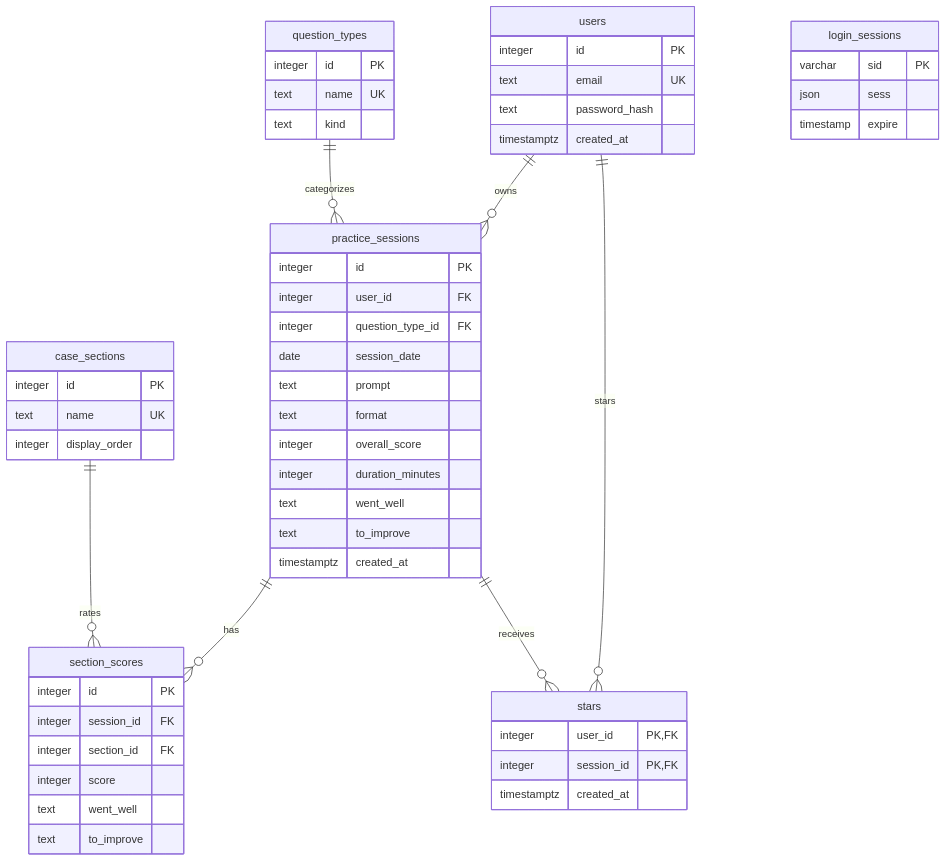
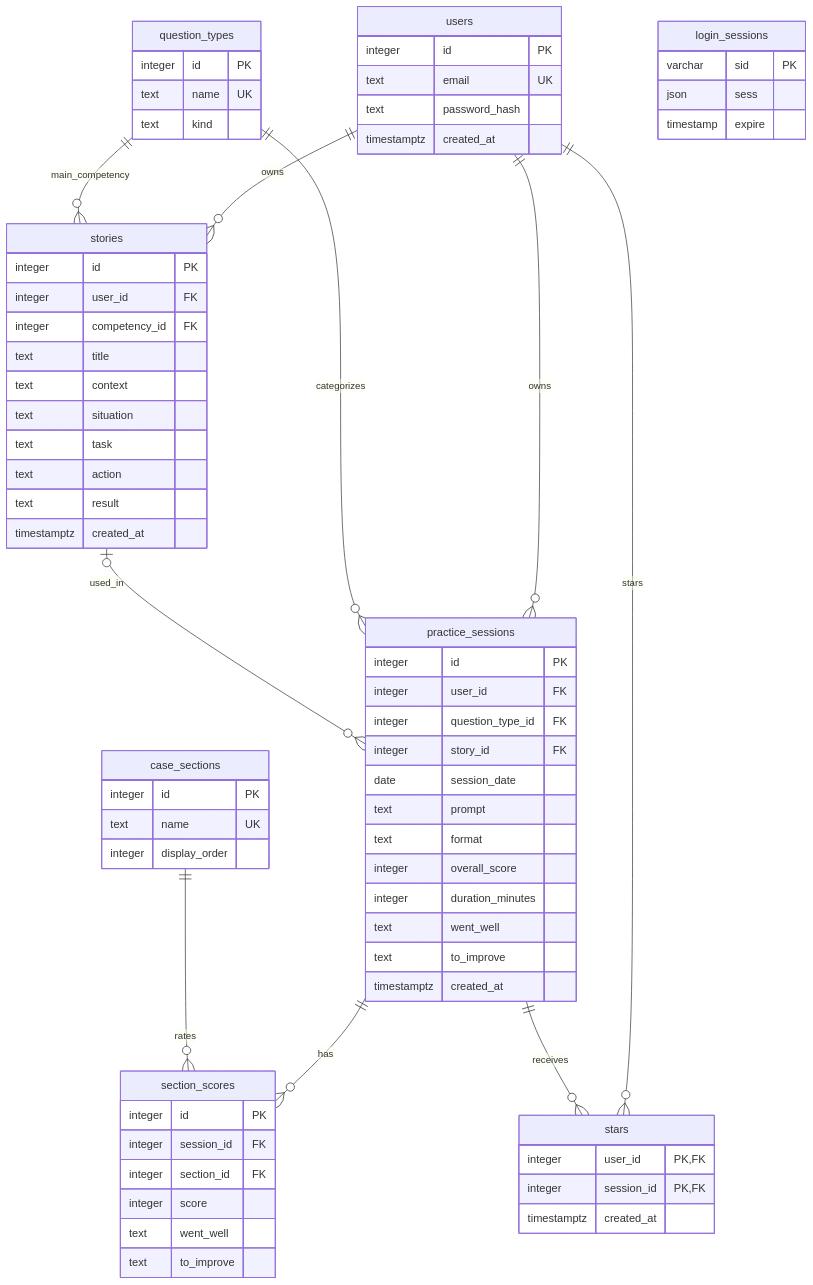
Before and after one commit to dshimada98/interviewprep: the diagram in schema.md, drawn with Mermaid. The commit also changed other lines of this file and 34 other files, not shown here.

First line of the commit message:
Expand interview preparation server schema and session management functionality

````diff
--- a/schema.md
+++ b/schema.md
@@ -90,56 +94,72 @@
 ```mermaid
 erDiagram
     users ||--o{ practice_sessions : owns
     question_types ||--o{ practice_sessions : categorizes
+    users ||--o{ stories : owns
+    question_types ||--o{ stories : main_competency
+    stories |o--o{ practice_sessions : used_in
     practice_sessions ||--o{ section_scores : has
     case_sections ||--o{ section_scores : rates
     users ||--o{ stars : stars
     practice_sessions ||--o{ stars : receives
     users {
         integer id PK
         text email UK
         text password_hash
         timestamptz created_at
     }
     question_types {
         integer id PK
         text name UK
         text kind
     }
     practice_sessions {
         integer id PK
         integer user_id FK
         integer question_type_id FK
+        integer story_id FK
         date session_date
         text prompt
         text format
         integer overall_score
         integer duration_minutes
         text went_well
         text to_improve
         timestamptz created_at
     }
     case_sections {
         integer id PK
         text name UK
         integer display_order
     }
     section_scores {
         integer id PK
         integer session_id FK
         integer section_id FK
         integer score
         text went_well
         text to_improve
     }
     login_sessions {
         varchar sid PK
         json sess
         timestamp expire
     }
     stars {
         integer user_id PK,FK
         integer session_id PK,FK
         timestamptz created_at
     }
+    stories {
+        integer id PK
+        integer user_id FK
+        integer competency_id FK
+        text title
+        text context
+        text situation
+        text task
+        text action
+        text result
+        timestamptz created_at
+    }
 ```
````
